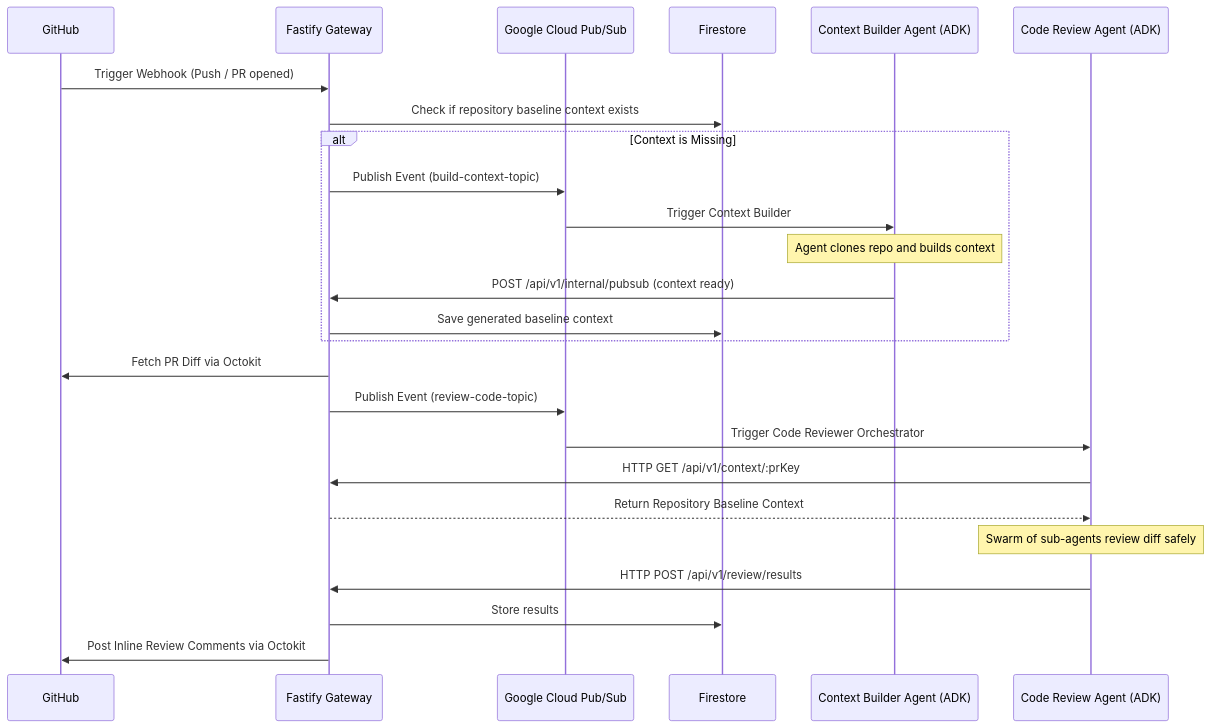
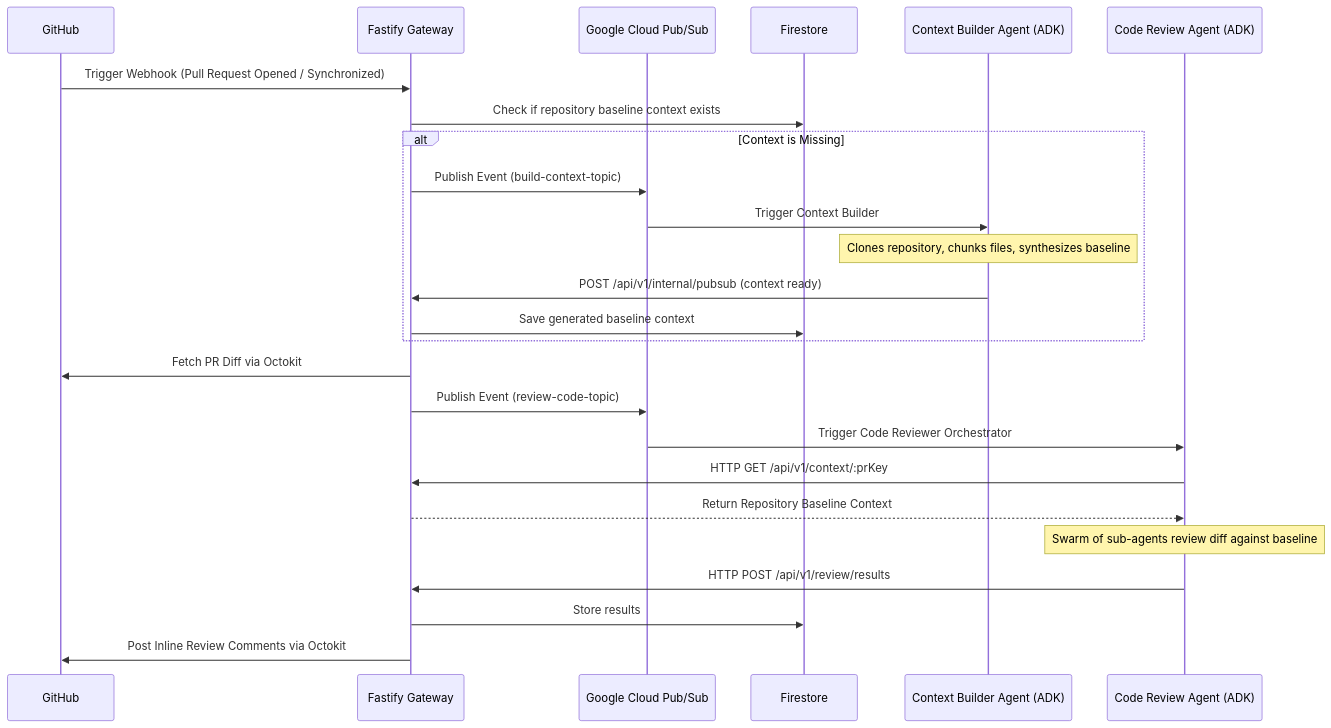
The diagram in README.md (usermeme/code-review-agent), drawn with Mermaid before and after one commit. The commit also changed other lines of this file and 65 other files, not shown here.

````diff
--- a/README.md
+++ b/README.md
@@ -20,37 +21,35 @@
 ```mermaid
 sequenceDiagram
     participant GitHub
     participant Gateway as Fastify Gateway
     participant PubSub as Google Cloud Pub/Sub
     participant DB as Firestore
     participant ContextAgent as Context Builder Agent (ADK)
     participant ReviewAgent as Code Review Agent (ADK)
 
     %% Webhook ingestion and DB check
-    GitHub->>Gateway: Trigger Webhook (Push / PR opened)
+    GitHub->>Gateway: Trigger Webhook (Pull Request Opened / Synchronized)
     Gateway->>DB: Check if repository baseline context exists
 
     alt Context is Missing
         Gateway->>PubSub: Publish Event (build-context-topic)
         PubSub->>ContextAgent: Trigger Context Builder
-
-        Note over ContextAgent: Agent clones repo and builds context
-
+        Note over ContextAgent: Clones repository, chunks files, synthesizes baseline
         ContextAgent->>Gateway: POST /api/v1/internal/pubsub (context ready)
         Gateway->>DB: Save generated baseline context
     end
 
     %% Code Review Workflow
     Gateway->>GitHub: Fetch PR Diff via Octokit
     Gateway->>PubSub: Publish Event (review-code-topic)
     PubSub->>ReviewAgent: Trigger Code Reviewer Orchestrator
 
     ReviewAgent->>Gateway: HTTP GET /api/v1/context/:prKey
     Gateway-->>ReviewAgent: Return Repository Baseline Context
 
-    Note over ReviewAgent: Swarm of sub-agents review diff safely
+    Note over ReviewAgent: Swarm of sub-agents review diff against baseline
 
     ReviewAgent->>Gateway: HTTP POST /api/v1/review/results
     Gateway->>DB: Store results
     Gateway->>GitHub: Post Inline Review Comments via Octokit
 ```
````
